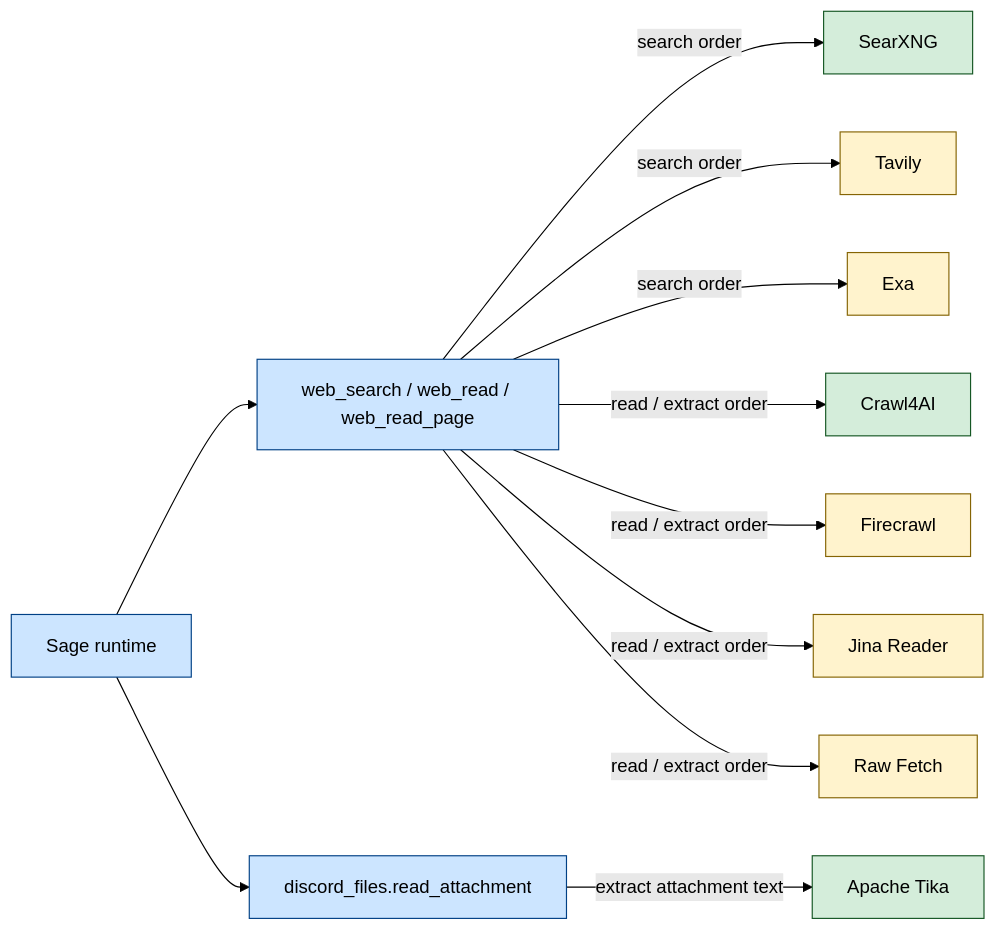
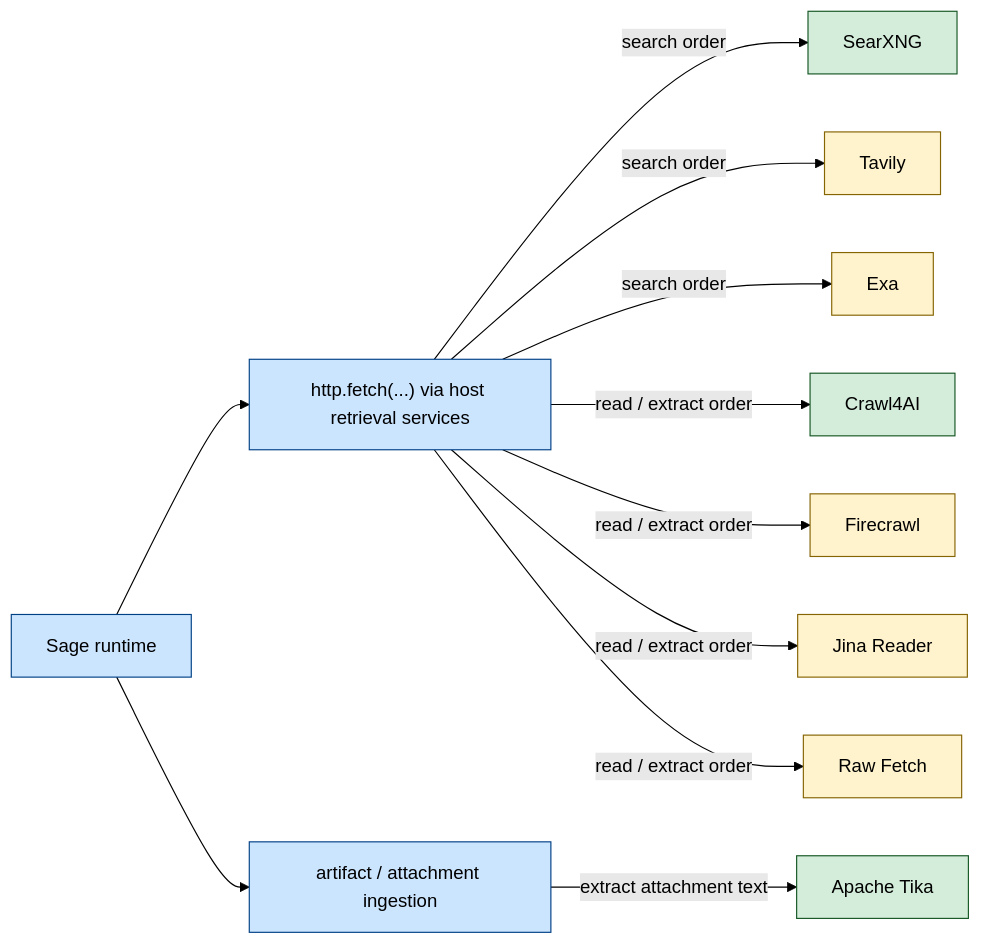
The diagram in docs/operations/TOOL_STACK.md (BokX1/Sage), drawn with Mermaid (forest theme) before and after one commit. The commit also changed other lines of this file and 58 other files, not shown here.

````diff
--- a/docs/operations/TOOL_STACK.md
+++ b/docs/operations/TOOL_STACK.md
@@ -41,20 +41,20 @@
 ```mermaid
 flowchart LR
     classDef local fill:#d4edda,stroke:#155724,color:black
     classDef hosted fill:#fff3cd,stroke:#856404,color:black
     classDef sage fill:#cce5ff,stroke:#004085,color:black
 
-    S["Sage runtime"]:::sage --> W["web_search / web_read / web_read_page"]:::sage
-    S --> FI["discord_files.read_attachment"]:::sage
+    S["Sage runtime"]:::sage --> W["http.fetch(...) via host retrieval services"]:::sage
+    S --> FI["artifact / attachment ingestion"]:::sage
 
     W -->|"search order"| S1["SearXNG"]:::local
     W -->|"search order"| S2["Tavily"]:::hosted
     W -->|"search order"| S3["Exa"]:::hosted
 
     W -->|"read / extract order"| C1["Crawl4AI"]:::local
     W -->|"read / extract order"| C2["Firecrawl"]:::hosted
     W -->|"read / extract order"| C3["Jina Reader"]:::hosted
     W -->|"read / extract order"| C4["Raw Fetch"]:::hosted
 
     FI -->|"extract attachment text"| T1["Apache Tika"]:::local
 ```
````
